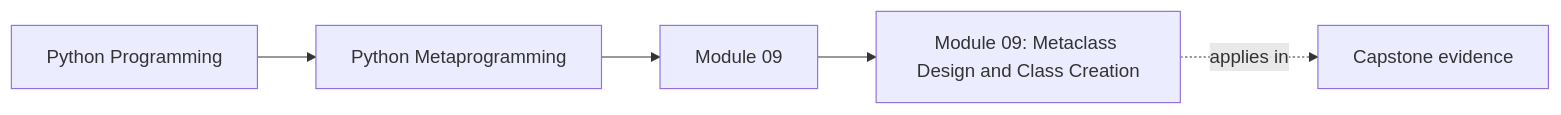
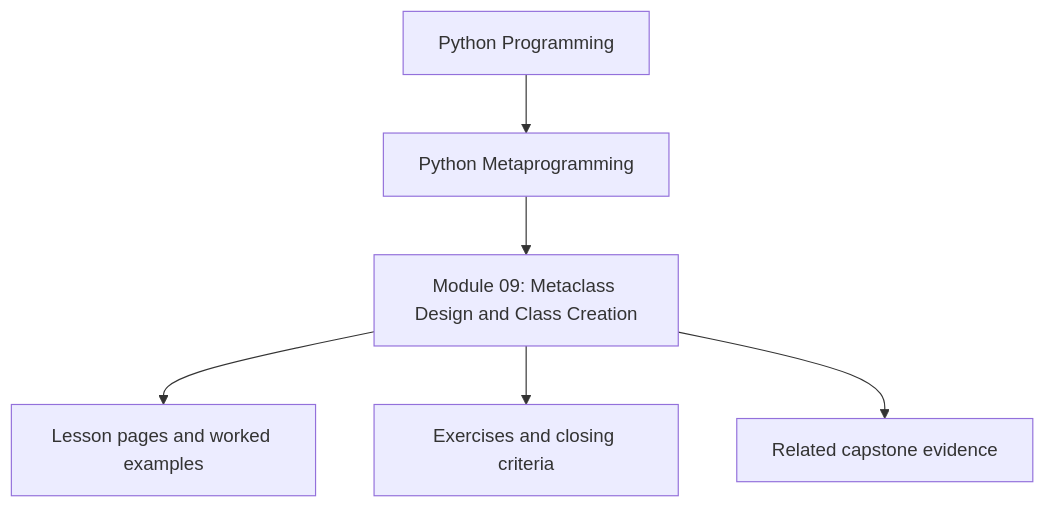
Before and after one commit to bijux/bijux-masterclass: the first of 8 diagrams in programs/python-programming/python-meta-programming/course-book/module-09-metaclass-design-and-class-creation/index.md, drawn with Mermaid. The commit also changed other lines of this file and 10 other files, not shown here.

Commit message:
docs(python-meta-programming): reposition module overview diagrams

````diff
--- a/programs/python-programming/python-meta-programming/course-book/module-09-metaclass-design-and-class-creation/index.md
+++ b/programs/python-programming/python-meta-programming/course-book/module-09-metaclass-design-and-class-creation/index.md
@@ -8,11 +8,8 @@
 ```mermaid
-graph LR
-  family["Python Programming"]
-  program["Python Metaprogramming"]
-  section["Module 09"]
-  page["Module 09: Metaclass Design and Class Creation"]
-  capstone["Capstone evidence"]
-
-  family --> program --> section --> page
-  page -.applies in.-> capstone
+flowchart TD
+  family["Python Programming"] --> program["Python Metaprogramming"]
+  program --> module["Module 09: Metaclass Design and Class Creation"]
+  module --> lessons["Lesson pages and worked examples"]
+  module --> checkpoints["Exercises and closing criteria"]
+  module --> capstone["Related capstone evidence"]
 ```
````
